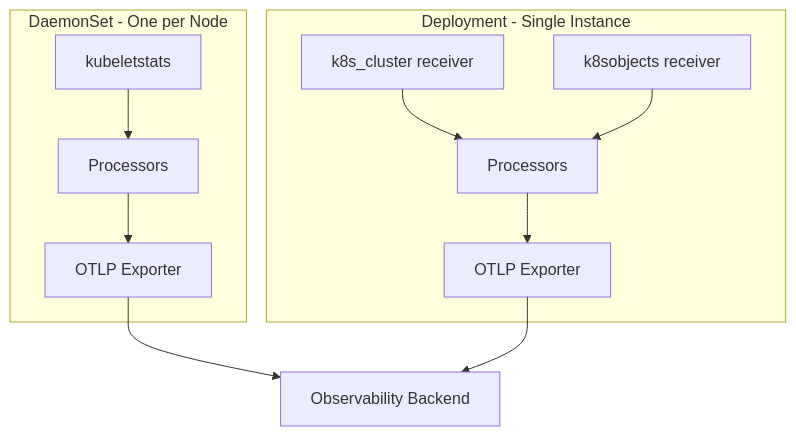
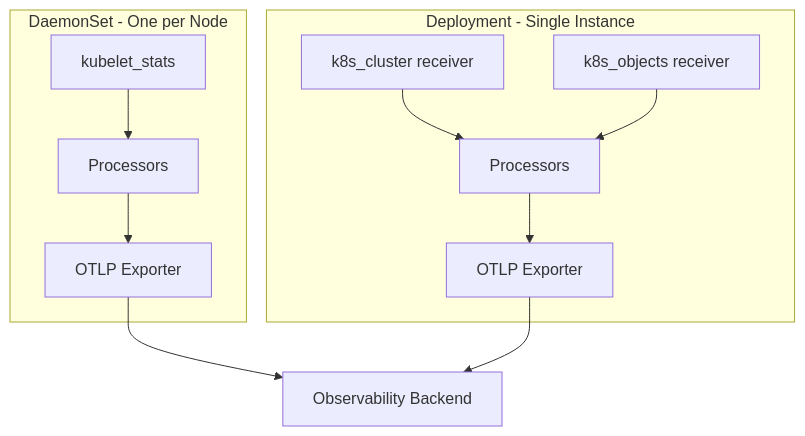
The second of 2 diagrams in posts/2026-02-06-collect-kubernetes-cluster-metrics-opentelemetry/README.md (OneUptime/blog), drawn with Mermaid before and after one commit. The commit also changed other lines of this file and 2 other files, not shown here.

````diff
--- a/posts/2026-02-06-collect-kubernetes-cluster-metrics-opentelemetry/README.md
+++ b/posts/2026-02-06-collect-kubernetes-cluster-metrics-opentelemetry/README.md
@@ -334,16 +345,16 @@
 ```mermaid
 graph TB
     subgraph "DaemonSet - One per Node"
-        KS1[kubeletstats] --> P1[Processors]
+        KS1[kubelet_stats] --> P1[Processors]
         P1 --> E1[OTLP Exporter]
     end
 
     subgraph "Deployment - Single Instance"
         KC[k8s_cluster receiver] --> P2[Processors]
-        KO[k8sobjects receiver] --> P2
+        KO[k8s_objects receiver] --> P2
         P2 --> E2[OTLP Exporter]
     end
 
     E1 --> Backend[Observability Backend]
     E2 --> Backend
 ```
````
